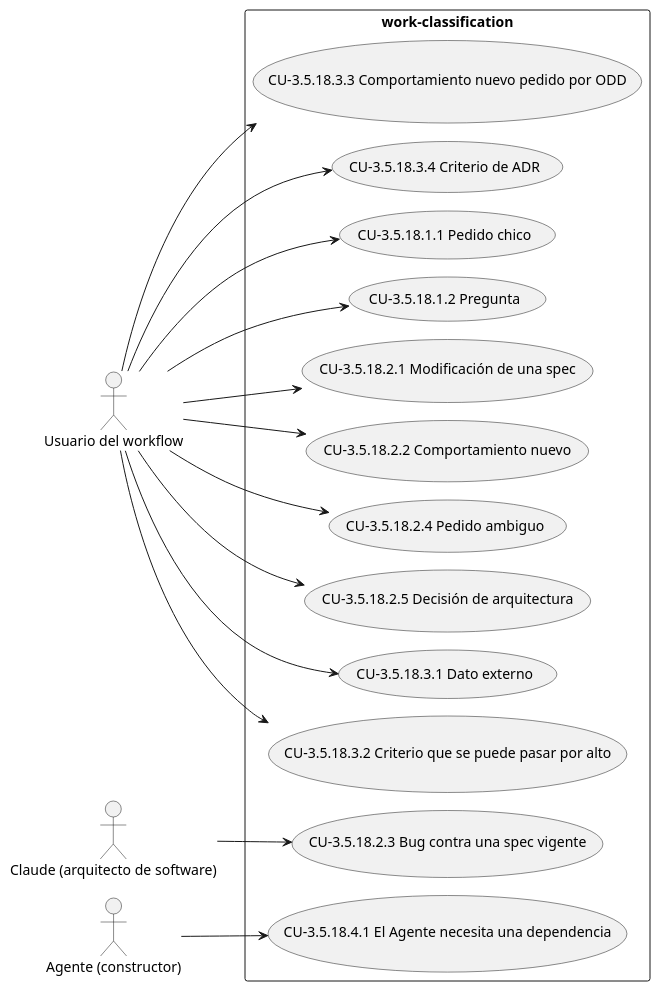
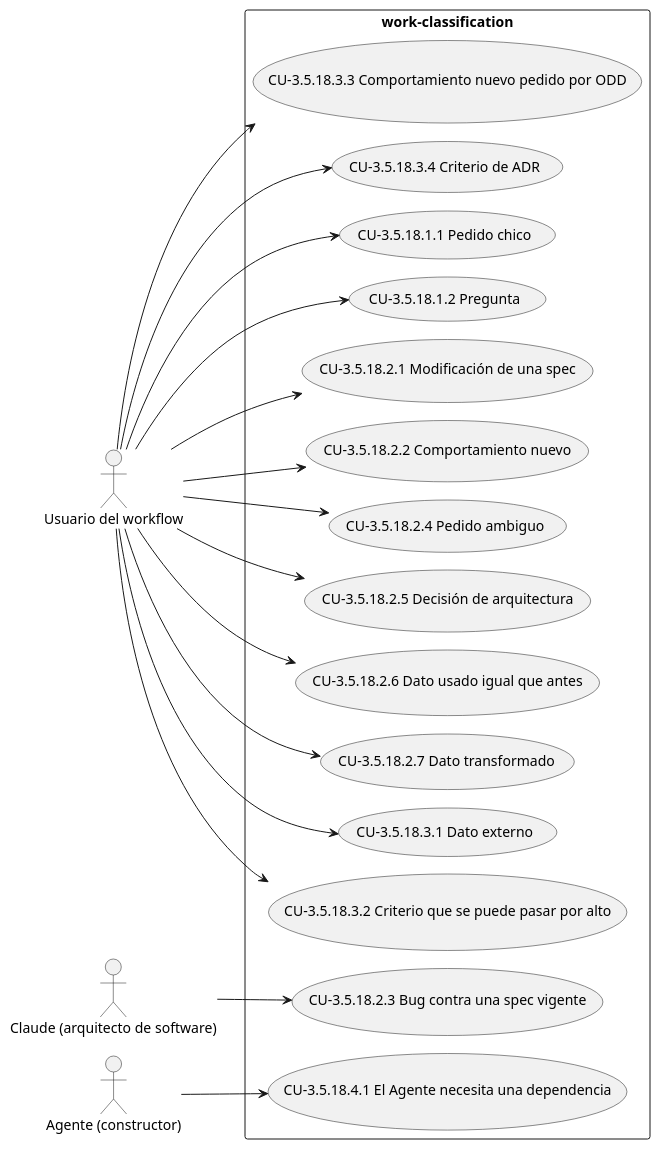
The diagram in docs/diagramas/CAP-3.5.18.puml (Lautaro-Montecchiani/sdd-global-config), drawn with PlantUML before and after one commit. The commit also changed 2 other files, not shown here.

```diff
--- a/docs/diagramas/CAP-3.5.18.puml
+++ b/docs/diagramas/CAP-3.5.18.puml
@@ -1,33 +1,37 @@
 @startuml
 !pragma layout smetana
 left to right direction
 actor "Usuario del workflow" as A1
 actor "Claude (arquitecto de software)" as A2
 actor "Agente (constructor)" as A3
 rectangle "work-classification" {
   usecase "CU-3.5.18.1.1 Pedido chico" as UC_3_5_18_1_1
   usecase "CU-3.5.18.1.2 Pregunta" as UC_3_5_18_1_2
   usecase "CU-3.5.18.2.1 Modificación de una spec" as UC_3_5_18_2_1
   usecase "CU-3.5.18.2.2 Comportamiento nuevo" as UC_3_5_18_2_2
   usecase "CU-3.5.18.2.3 Bug contra una spec vigente" as UC_3_5_18_2_3
   usecase "CU-3.5.18.2.4 Pedido ambiguo" as UC_3_5_18_2_4
   usecase "CU-3.5.18.2.5 Decisión de arquitectura" as UC_3_5_18_2_5
+  usecase "CU-3.5.18.2.6 Dato usado igual que antes" as UC_3_5_18_2_6
+  usecase "CU-3.5.18.2.7 Dato transformado" as UC_3_5_18_2_7
   usecase "CU-3.5.18.3.1 Dato externo" as UC_3_5_18_3_1
   usecase "CU-3.5.18.3.2 Criterio que se puede pasar por alto" as UC_3_5_18_3_2
   usecase "CU-3.5.18.3.3 Comportamiento nuevo pedido por ODD" as UC_3_5_18_3_3
   usecase "CU-3.5.18.3.4 Criterio de ADR" as UC_3_5_18_3_4
   usecase "CU-3.5.18.4.1 El Agente necesita una dependencia" as UC_3_5_18_4_1
 }
 A1 --> UC_3_5_18_1_1
 A1 --> UC_3_5_18_1_2
 A1 --> UC_3_5_18_2_1
 A1 --> UC_3_5_18_2_2
 A2 --> UC_3_5_18_2_3
 A1 --> UC_3_5_18_2_4
 A1 --> UC_3_5_18_2_5
+A1 --> UC_3_5_18_2_6
+A1 --> UC_3_5_18_2_7
 A1 --> UC_3_5_18_3_1
 A1 --> UC_3_5_18_3_2
 A1 --> UC_3_5_18_3_3
 A1 --> UC_3_5_18_3_4
 A3 --> UC_3_5_18_4_1
 @enduml
```
